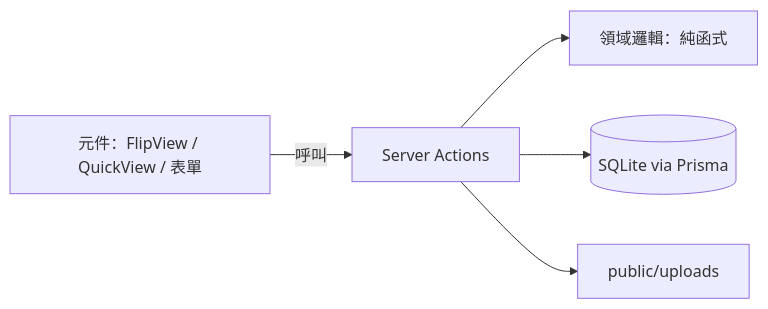
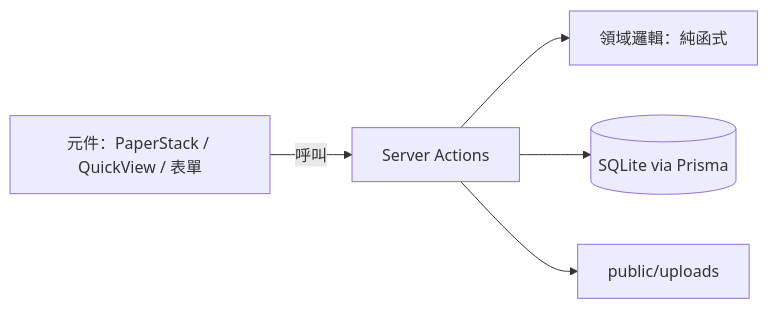
One commit to piercelin11/epifolio changed the first of 2 diagrams in docs/architecture.md. Above: the diagram before and after it, drawn with Mermaid. The commit also changed other lines of this file and 11 other files, not shown here.

````diff
--- a/docs/architecture.md
+++ b/docs/architecture.md
@@ -23,7 +22,7 @@
 ```mermaid
 flowchart LR
-    UI[元件：FlipView / QuickView / 表單] -->|呼叫| SA[Server Actions]
+    UI[元件：PaperStack / QuickView / 表單] -->|呼叫| SA[Server Actions]
     SA --> DOMAIN[領域邏輯：純函式]
     SA --> DB[(SQLite via Prisma)]
     SA --> FS[public/uploads]
 ```
````
